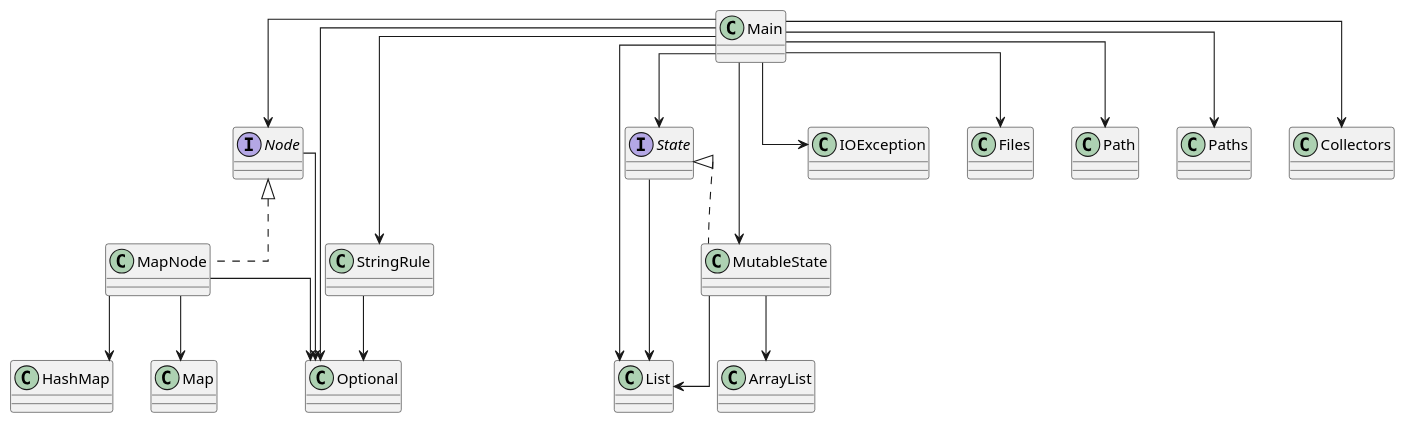
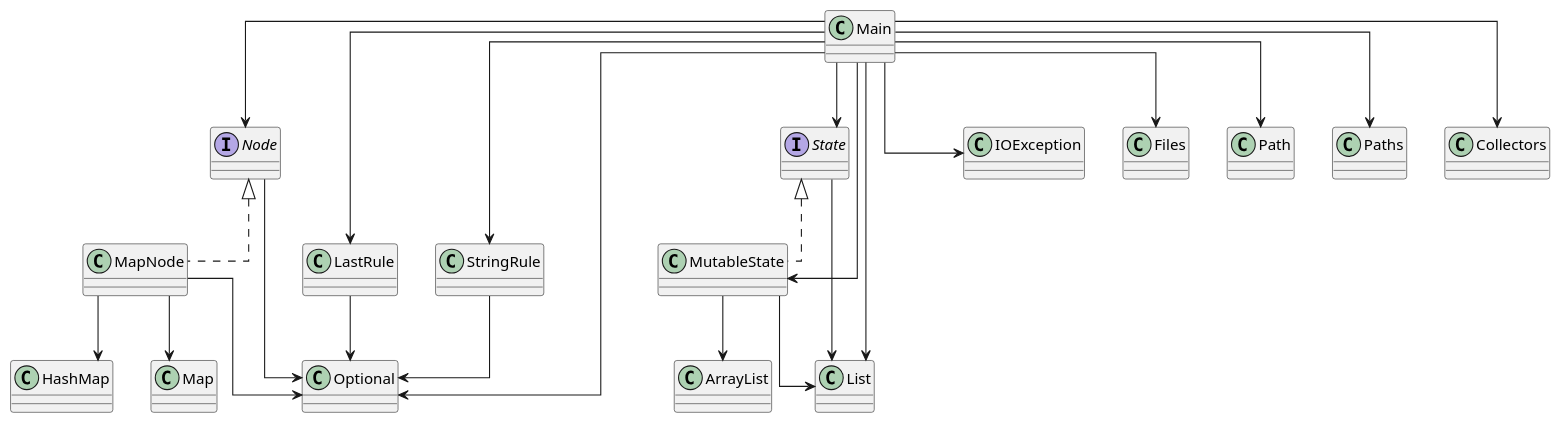
One commit to SirMathhman/Magma changed the diagram in diagram.puml. Above: the diagram before and after it, drawn with PlantUML.

Commit message:
LastRule

```diff
--- a/diagram.puml
+++ b/diagram.puml
@@ -1,33 +1,36 @@
 @startuml
 skinparam linetype ortho
 class Node
 Node --> Optional
 interface Node
 class MutableState
 MutableState --> ArrayList
 MutableState --> List
 class MutableState implements State
 class Main
+Main --> LastRule
 Main --> MutableState
 Main --> Node
 Main --> State
 Main --> StringRule
 Main --> IOException
 Main --> Files
 Main --> Path
 Main --> Paths
 Main --> List
 Main --> Optional
 Main --> Collectors
 class Main
 class StringRule
 StringRule --> Optional
+class LastRule
+LastRule --> Optional
 class MapNode
 MapNode --> HashMap
 MapNode --> Map
 MapNode --> Optional
 class MapNode implements Node
 class State
 State --> List
 interface State
 @enduml
```
